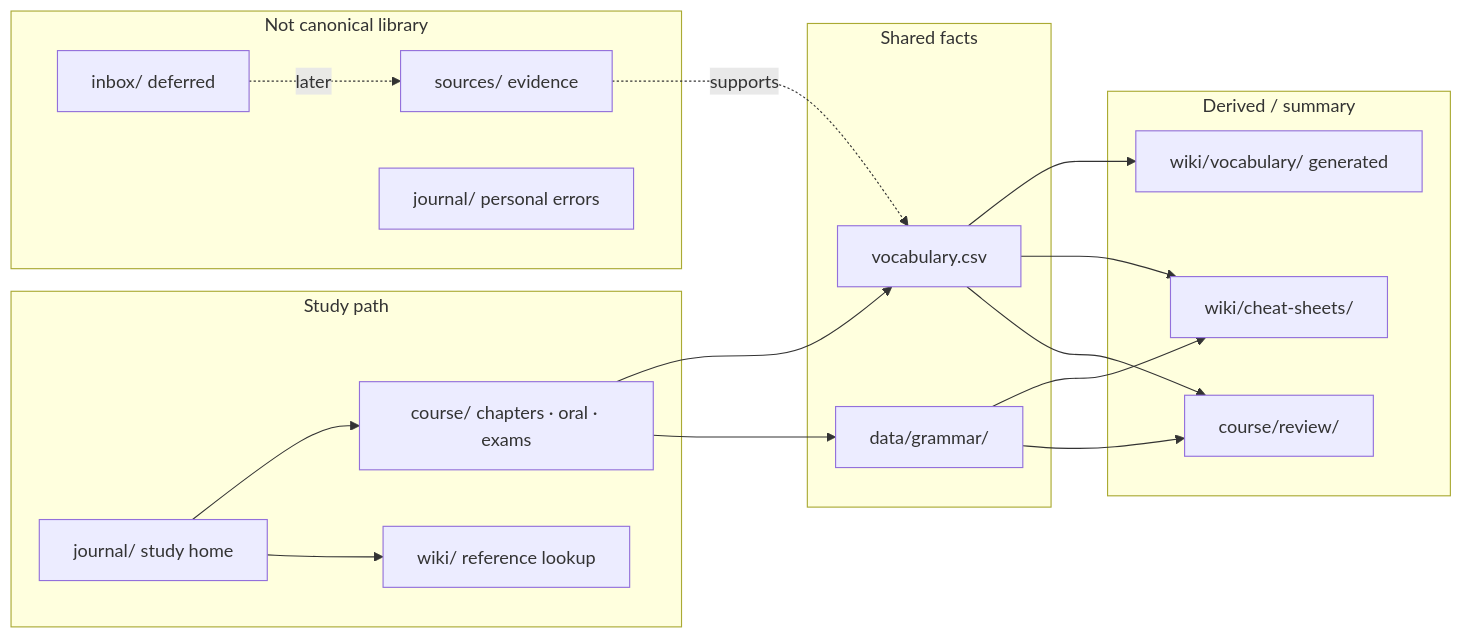
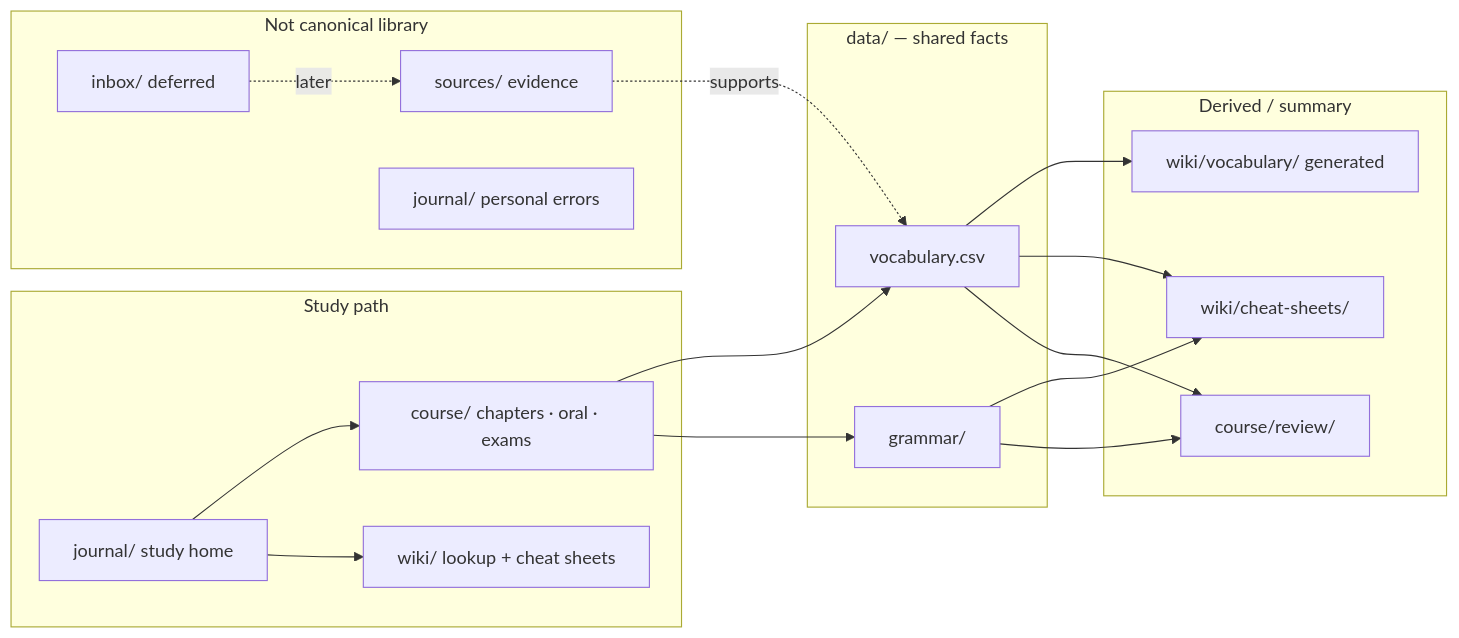
Before and after one commit to brickwalllegend2000/dutch-study: the sixth of 8 diagrams in docs/OVERVIEW.md, drawn with Mermaid. The commit also changed other lines of this file and 11 other files, not shown here.

````diff
--- a/docs/OVERVIEW.md
+++ b/docs/OVERVIEW.md
@@ -180,33 +197,33 @@
 ```mermaid
 flowchart LR
   subgraph learn["Study path"]
     HOME["journal/ study home"]
     COURSE["course/ chapters · oral · exams"]
-    WIKI["wiki/ reference lookup"]
+    WIKI["wiki/ lookup + cheat sheets"]
   end
-  subgraph facts["Shared facts"]
+  subgraph facts["data/ — shared facts"]
     CSV["vocabulary.csv"]
-    GRAM["data/grammar/"]
+    GRAM["grammar/"]
   end
   subgraph views["Derived / summary"]
     WV["wiki/vocabulary/ generated"]
     CS["wiki/cheat-sheets/"]
     RV["course/review/"]
   end
   subgraph not_canon["Not canonical library"]
     SRC["sources/ evidence"]
     IN["inbox/ deferred"]
     J2["journal/ personal errors"]
   end
   HOME --> COURSE
   HOME --> WIKI
   COURSE --> CSV
   COURSE --> GRAM
   CSV --> WV
   GRAM --> CS
   CSV --> CS
   GRAM --> RV
   CSV --> RV
   SRC -.->|supports| CSV
   IN -.->|later| SRC
 ```
````
